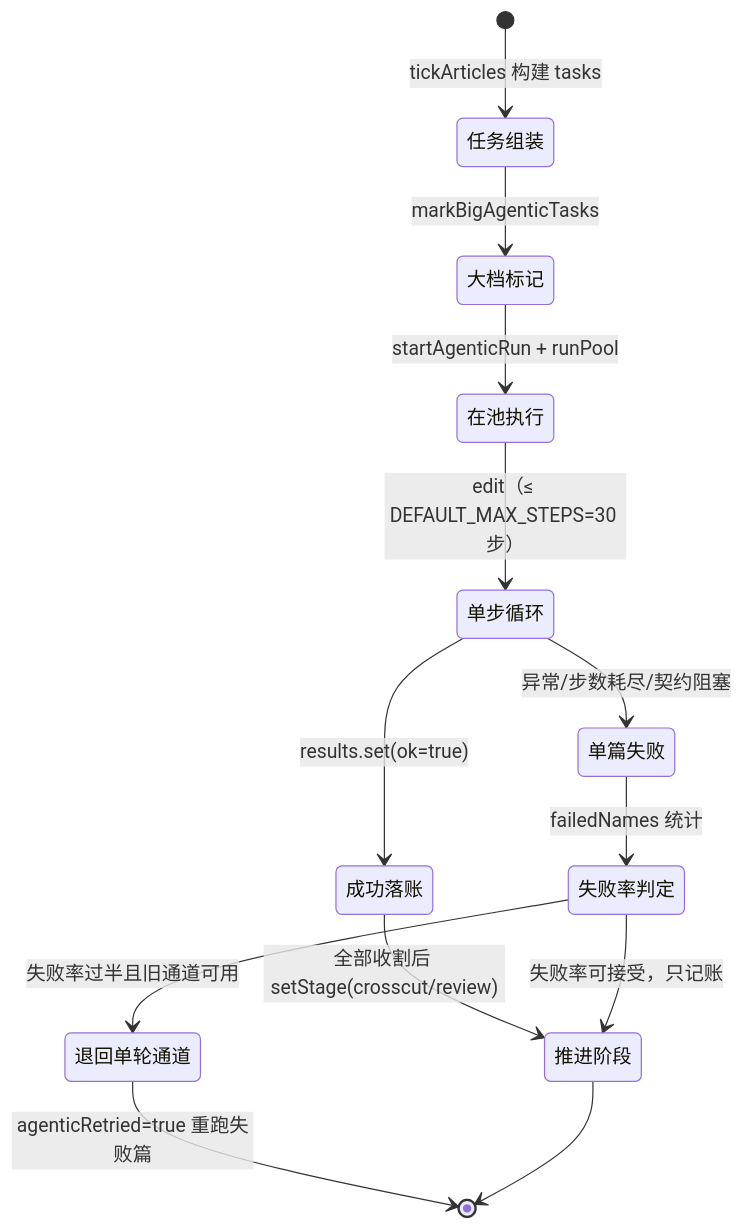
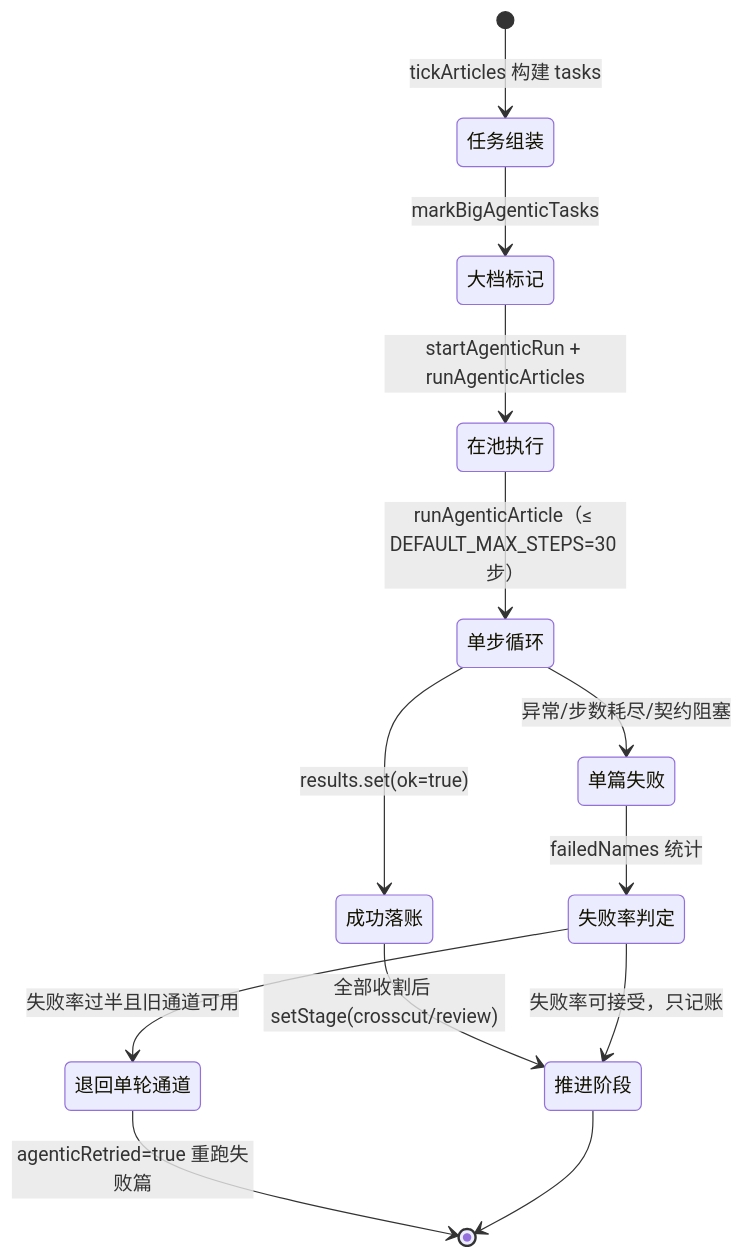
The fourth of 4 diagrams in .codewiki/_native-state/docs/agentic_support/agentic_support_tooling.md (ikliml666/dsh-codewiki), drawn with Mermaid before and after one commit. The commit also changed other lines of this file and 19 other files, not shown here.

````diff
--- a/.codewiki/_native-state/docs/agentic_support/agentic_support_tooling.md
+++ b/.codewiki/_native-state/docs/agentic_support/agentic_support_tooling.md
@@ -149,15 +149,15 @@
 ```mermaid
 stateDiagram-v2
     [*] --> 任务组装: tickArticles 构建 tasks
     任务组装 --> 大档标记: markBigAgenticTasks
-    大档标记 --> 在池执行: startAgenticRun + runPool
-    在池执行 --> 单步循环: edit（≤ DEFAULT_MAX_STEPS=30 步）
+    大档标记 --> 在池执行: startAgenticRun + runAgenticArticles
+    在池执行 --> 单步循环: runAgenticArticle（≤ DEFAULT_MAX_STEPS=30 步）
     单步循环 --> 成功落账: results.set(ok=true)
     单步循环 --> 单篇失败: 异常/步数耗尽/契约阻塞
     成功落账 --> 推进阶段: 全部收割后 setStage(crosscut/review)
     单篇失败 --> 失败率判定: failedNames 统计
     失败率判定 --> 退回单轮通道: 失败率过半且旧通道可用
     失败率判定 --> 推进阶段: 失败率可接受，只记账
     退回单轮通道 --> [*]: agenticRetried=true 重跑失败篇
     推进阶段 --> [*]
 ```
````
